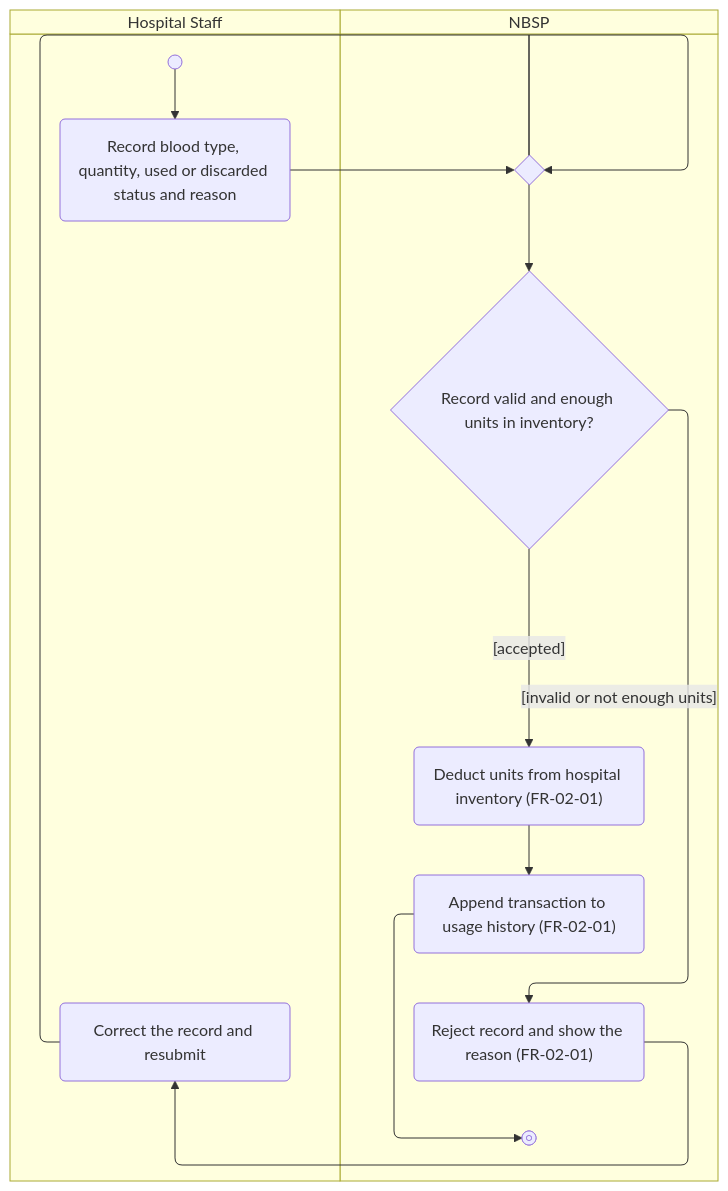
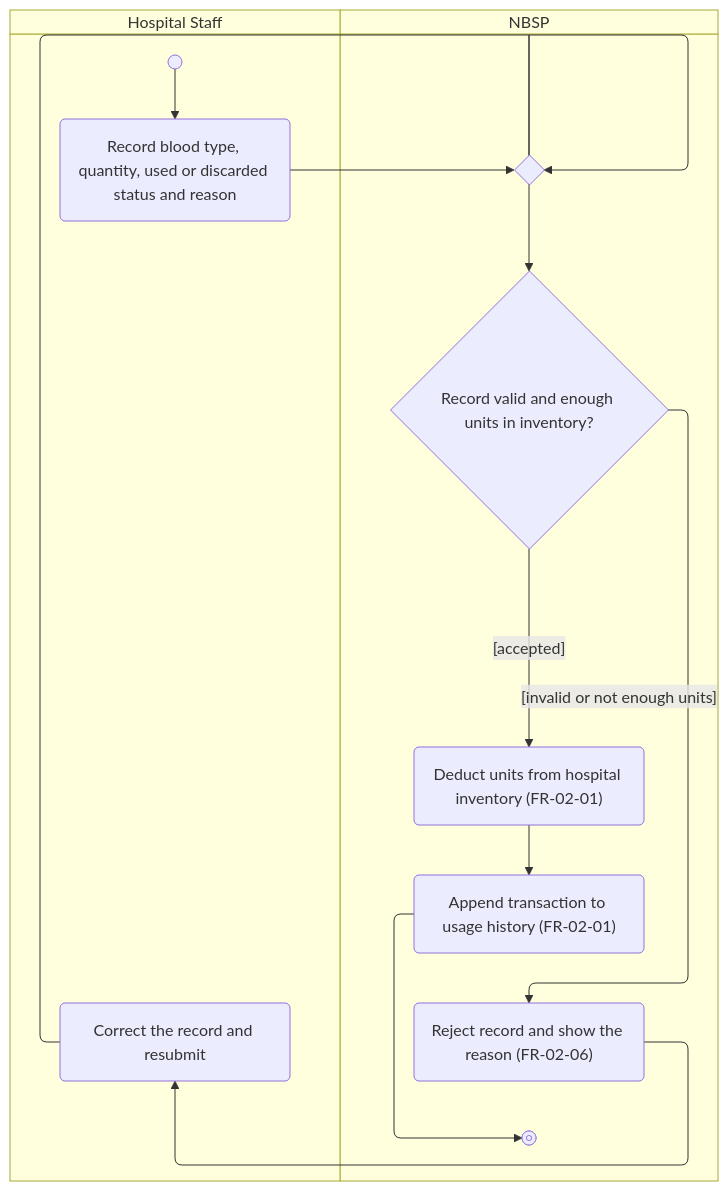
The diagram in activity/AD-UC-04.md (Nhan2772/DBIZ2-GROUPC-NationalBloodSupplyPlatform), drawn with Mermaid before and after one commit. The commit also changed other lines of this file and 7 other files, not shown here.

````diff
--- a/activity/AD-UC-04.md
+++ b/activity/AD-UC-04.md
@@ -22,19 +22,19 @@
 ```mermaid
 swimlane-beta TB
   subgraph HS["Hospital Staff"]
     start@{ shape: sm-circ }
     a1("Record blood type, quantity, used or discarded status and reason")
     a2("Correct the record and resubmit")
   end
   subgraph SYS["NBSP"]
     m1{" "}
     d1{"Record valid and enough units in inventory?"}
-    s3("Reject record and show the reason (FR-02-01)")
+    s3("Reject record and show the reason (FR-02-06)")
     s1("Deduct units from hospital inventory (FR-02-01)")
     s2("Append transaction to usage history (FR-02-01)")
     stop1@{ shape: fr-circ }
   end
   start --> a1 --> m1 --> d1
   d1 -->|"[accepted]"| s1 --> s2 --> stop1
   d1 -->|"[invalid or not enough units]"| s3 --> a2 --> m1
 ```
````
